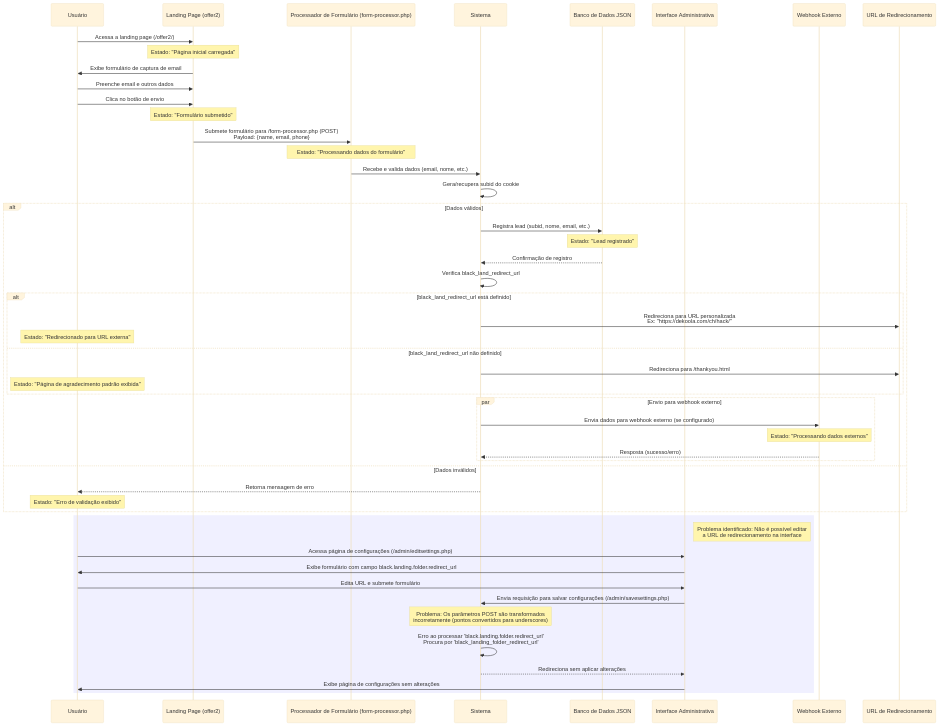
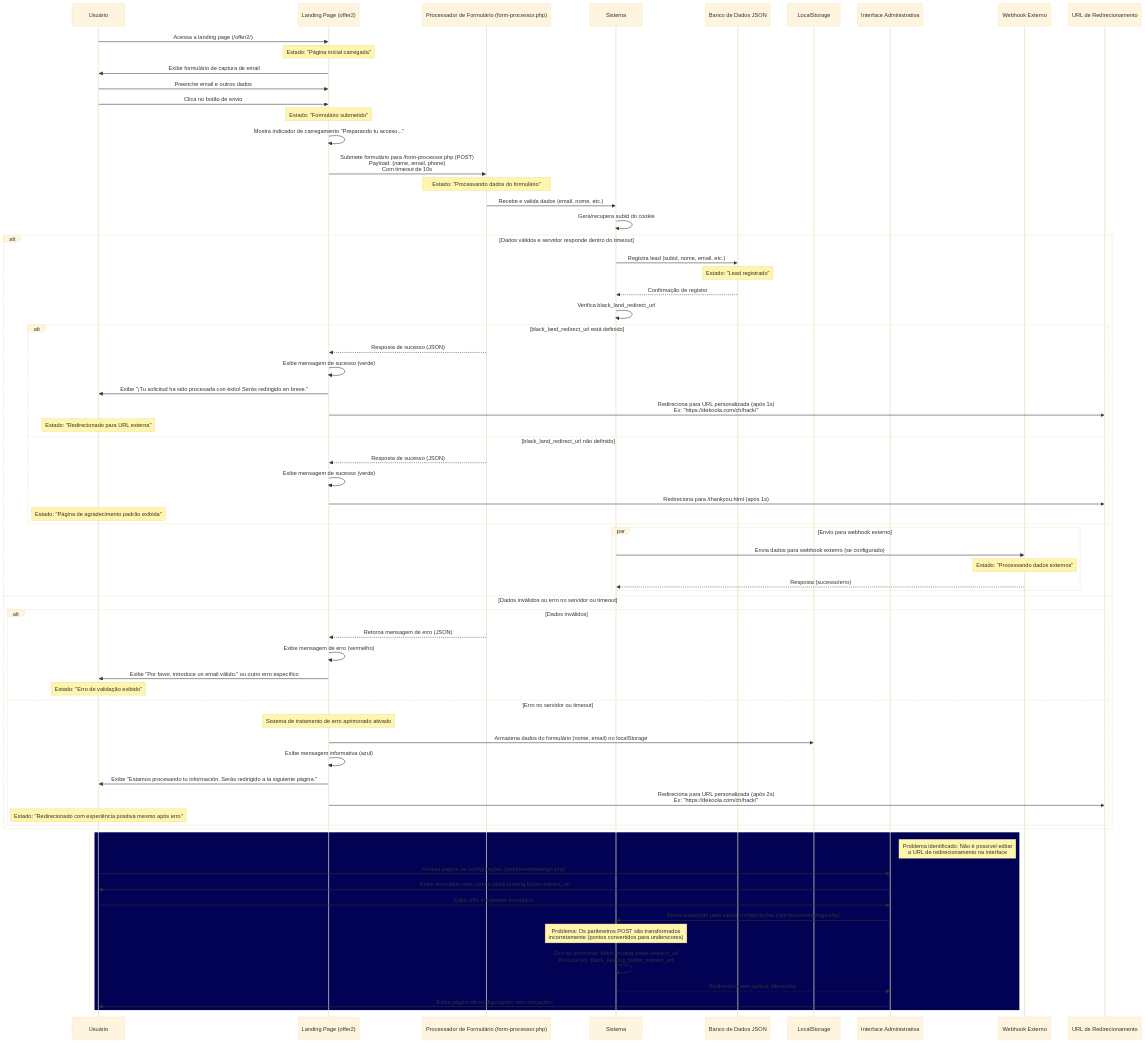
Before and after one commit to alexalxs/ycp2: the diagram in docs/form/form_lead_redirect_flow_updated.md, drawn with Mermaid (base theme). The commit also changed other lines of this file and 8 other files, not shown here.

```diff
--- a/docs/form/form_lead_redirect_flow_updated.md
+++ b/docs/form/form_lead_redirect_flow_updated.md
@@ -7,6 +7,7 @@
     participant FormProc as Processador de Formulário (form-processor.php)
     participant Sistema as Sistema
     participant BD as Banco de Dados JSON
+    participant Storage as LocalStorage
     participant AdminUI as Interface Administrativa
     participant Webhook as Webhook Externo
     participant Redir as URL de Redirecionamento
@@ -20,16 +21,17 @@
     Usuario->>LP: Preenche email e outros dados
     Usuario->>LP: Clica no botão de envio
     Note over LP: Estado: "Formulário submetido"
+    LP->>LP: Mostra indicador de carregamento "Preparando tu acceso..."
     
     %% Processamento do formulário no servidor
-    LP->>FormProc: Submete formulário para /form-processor.php (POST)<br>Payload: {name, email, phone}
+    LP->>FormProc: Submete formulário para /form-processor.php (POST)<br>Payload: {name, email, phone}<br>Com timeout de 10s
     Note over FormProc: Estado: "Processando dados do formulário"
     
     %% Processamento no servidor
     FormProc->>Sistema: Recebe e valida dados (email, nome, etc.)
     Sistema->>Sistema: Gera/recupera subid do cookie
     
-    alt Dados válidos
+    alt Dados válidos e servidor responde dentro do timeout
         %% Registro do lead
         Sistema->>BD: Registra lead (subid, nome, email, etc.)
         Note over BD: Estado: "Lead registrado"
@@ -39,11 +41,16 @@
         Sistema->>Sistema: Verifica black_land_redirect_url
         
         alt black_land_redirect_url está definido
-            Sistema->>Redir: Redireciona para URL personalizada<br>Ex: "https://dekoola.com/ch/hack/"
+            FormProc-->>LP: Resposta de sucesso (JSON)
+            LP->>LP: Exibe mensagem de sucesso (verde)
+            LP->>Usuario: Exibe "¡Tu solicitud ha sido procesada con éxito! Serás redirigido en breve."
+            LP->>Redir: Redireciona para URL personalizada (após 1s)<br>Ex: "https://dekoola.com/ch/hack/"
             Note over Usuario: Estado: "Redirecionado para URL externa"
         else black_land_redirect_url não definido
             %% Com a correção, não precisamos mais verificar thankyou.php
-            Sistema->>Redir: Redireciona para /thankyou.html
+            FormProc-->>LP: Resposta de sucesso (JSON)
+            LP->>LP: Exibe mensagem de sucesso (verde)
+            LP->>Redir: Redireciona para /thankyou.html (após 1s)
             Note over Usuario: Estado: "Página de agradecimento padrão exibida"
         end
         
@@ -53,13 +60,24 @@
             Note over Webhook: Estado: "Processando dados externos"
             Webhook-->>Sistema: Resposta (sucesso/erro)
         end
-    else Dados inválidos
-        Sistema-->>Usuario: Retorna mensagem de erro
-        Note over Usuario: Estado: "Erro de validação exibido"
+    else Dados inválidos ou erro no servidor ou timeout
+        alt Dados inválidos
+            FormProc-->>LP: Retorna mensagem de erro (JSON)
+            LP->>LP: Exibe mensagem de erro (vermelho)
+            LP->>Usuario: Exibe "Por favor, introduce un email válido." ou outro erro específico
+            Note over Usuario: Estado: "Erro de validação exibido"
+        else Erro no servidor ou timeout
+            Note over LP: Sistema de tratamento de erro aprimorado ativado
+            LP->>Storage: Armazena dados do formulário (nome, email) no localStorage
+            LP->>LP: Exibe mensagem informativa (azul)
+            LP->>Usuario: Exibe "Estamos procesando tu información. Serás redirigido a la siguiente página."
+            LP->>Redir: Redireciona para URL personalizada (após 2s)<br>Ex: "https://dekoola.com/ch/hack/"
+            Note over Usuario: Estado: "Redirecionado com experiência positiva mesmo após erro"
+        end
     end
     
     %% Processo de edição da URL de redirecionamento (área administrativa)
-    rect rgb(240, 240, 255)
+    rect rgb(2, 2, 85)
     note right of AdminUI: Problema identificado: Não é possível editar<br>a URL de redirecionamento na interface
     
     Usuario->>AdminUI: Acessa página de configurações (/admin/editsettings.php)
```
